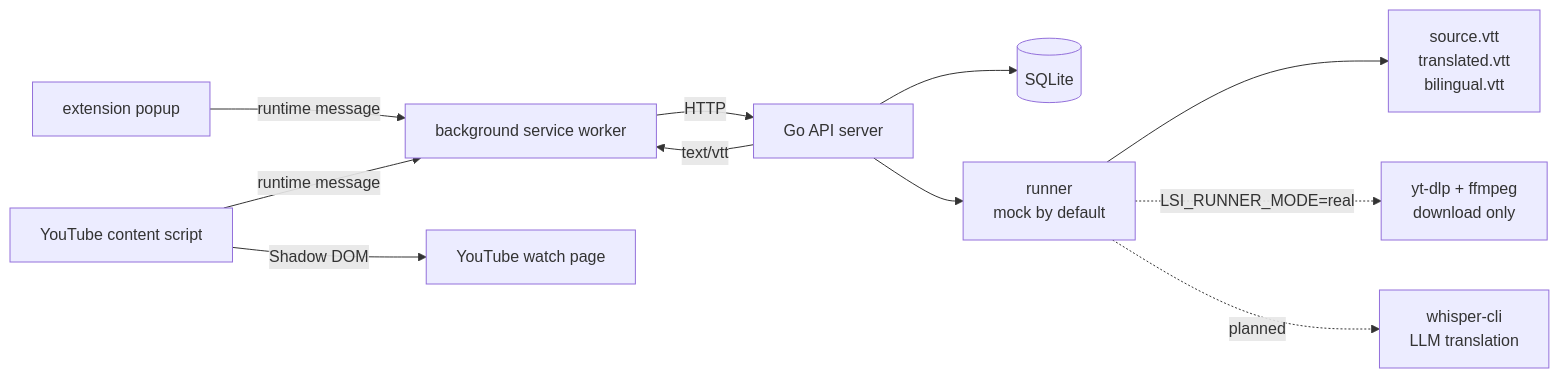
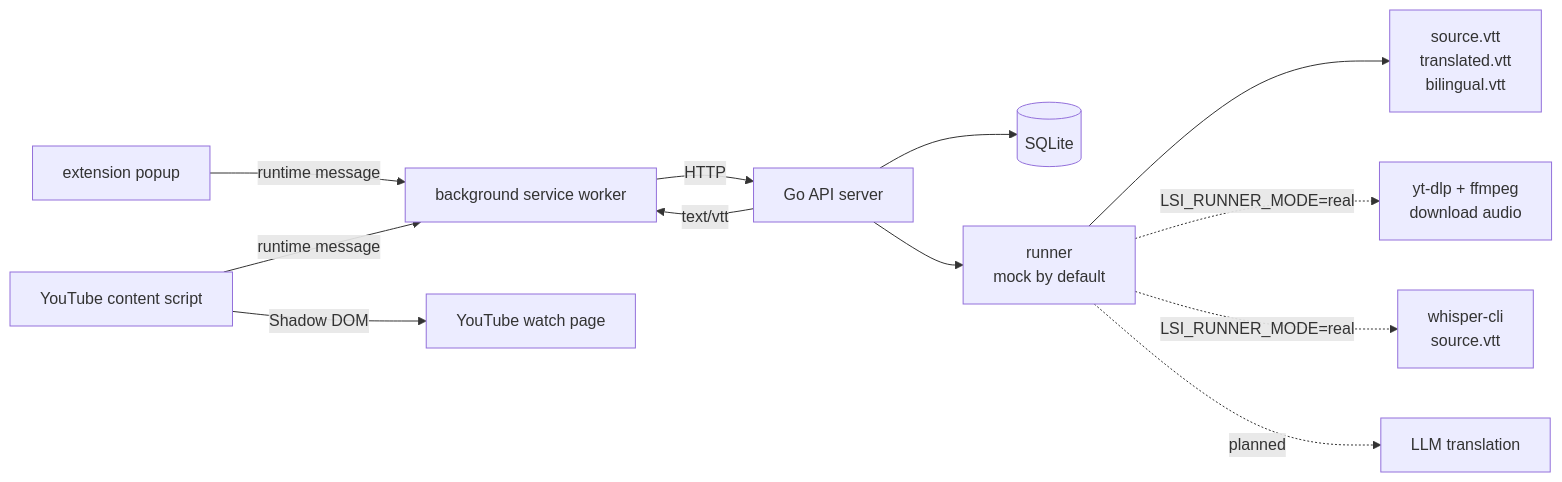
Before and after one commit to Insulinocytus/lets-sub-it: the diagram in README.md, drawn with Mermaid. The commit also changed other lines of this file and 9 other files, not shown here.

Commit message:
feat(backend): run whisper-cli in real runner

````diff
--- a/README.md
+++ b/README.md
@@ -135,14 +137,15 @@
 ```mermaid
 flowchart LR
   Popup["extension popup"] -->|"runtime message"| Background["background service worker"]
   Content["YouTube content script"] -->|"runtime message"| Background
   Background -->|"HTTP"| API["Go API server"]
   API --> Store[("SQLite")]
   API --> Runner["runner<br/>mock by default"]
   Runner --> Files["source.vtt<br/>translated.vtt<br/>bilingual.vtt"]
   API -->|"text/vtt"| Background
   Content -->|"Shadow DOM"| YouTube["YouTube watch page"]
 
-  Runner -. "LSI_RUNNER_MODE=real" .-> Ytdlp["yt-dlp + ffmpeg<br/>download only"]
-  Runner -. "planned" .-> Pipeline["whisper-cli<br/>LLM translation"]
+  Runner -. "LSI_RUNNER_MODE=real" .-> Ytdlp["yt-dlp + ffmpeg<br/>download audio"]
+  Runner -. "LSI_RUNNER_MODE=real" .-> Whisper["whisper-cli<br/>source.vtt"]
+  Runner -. "planned" .-> Pipeline["LLM translation"]
 ```
````
